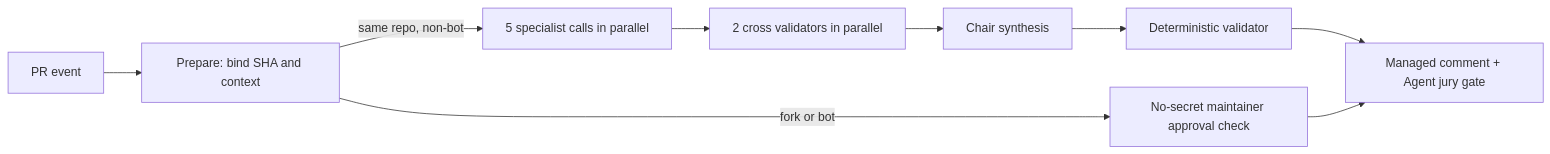
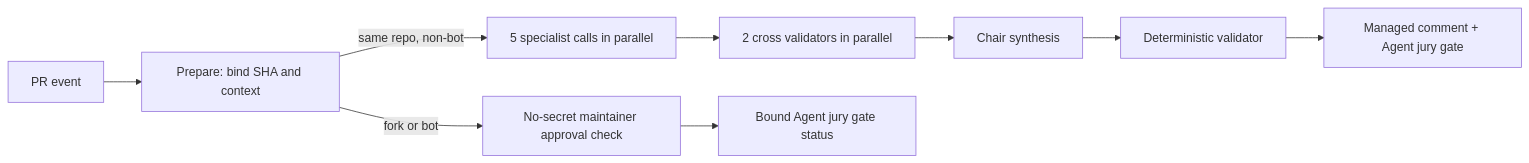
One commit to patton174/coco-framework changed the diagram in docs/superpowers/specs/2026-07-10-multi-agent-review-jury.md. Above: the diagram before and after it, drawn with Mermaid. The commit also changed other lines of this file and 4 other files, not shown here.

Commit message:
fix(ci): publish bot jury status without comments

````diff
--- a/docs/superpowers/specs/2026-07-10-multi-agent-review-jury.md
+++ b/docs/superpowers/specs/2026-07-10-multi-agent-review-jury.md
@@ -79,11 +80,11 @@
 ```mermaid
 flowchart LR
     E["PR event"] --> P["Prepare: bind SHA and context"]
     P -->|"same repo, non-bot"| S["5 specialist calls in parallel"]
     S --> V["2 cross validators in parallel"]
     V --> C["Chair synthesis"]
     C --> D["Deterministic validator"]
     D --> O["Managed comment + Agent jury gate"]
     P -->|"fork or bot"| H["No-secret maintainer approval check"]
-    H --> O
+    H --> G["Bound Agent jury gate status"]
 ```
````
